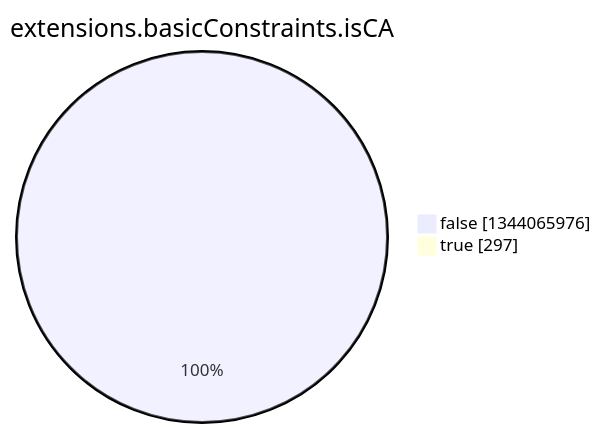
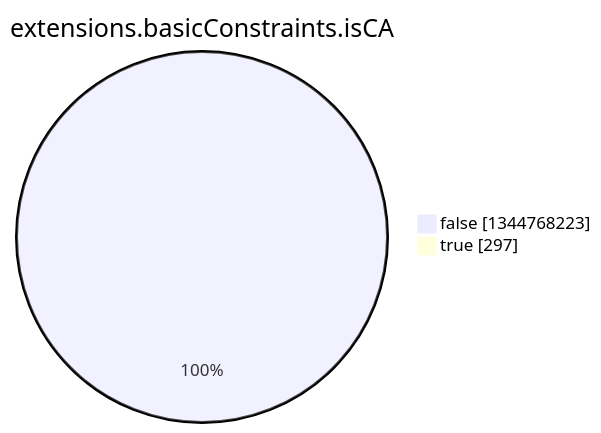
One commit to christiankrug/ctmonitor_visualization changed the eighth of 15 diagrams in argon2022/README.md. Above: the diagram before and after it, drawn with Mermaid. The commit also changed other lines of this file, not shown here.

````diff
--- a/argon2022/README.md
+++ b/argon2022/README.md
@@ -2758,6 +2758,6 @@
 ```mermaid
 pie showData
 title extensions.basicConstraints.isCA
-"false" :1344065976
+"false" :1344768223
 "true" :297
 ```
````
